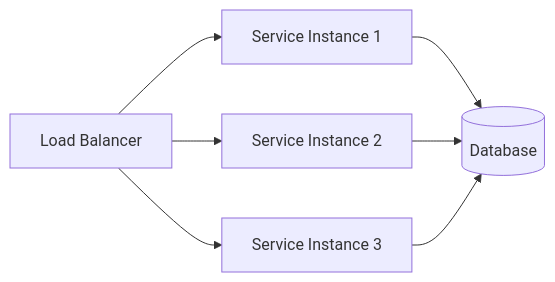
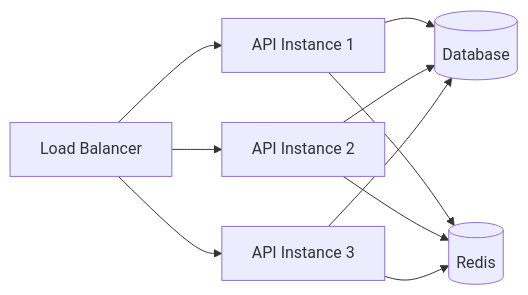
Before and after one commit to jether2011/interview-questions: the first of 9 diagrams in system-design.md, drawn with Mermaid. The commit also changed other lines of this file and 13 other files, not shown here.

````diff
--- a/system-design.md
+++ b/system-design.md
@@ -58,9 +112,8 @@
 ```mermaid
 flowchart LR
-    LB[Load Balancer] --> S1[Service Instance 1]
-    LB --> S2[Service Instance 2]
-    LB --> S3[Service Instance 3]
-    S1 --> DB[(Database)]
-    S2 --> DB
-    S3 --> DB
+    LB[Load Balancer] --> S1[API Instance 1]
+    LB --> S2[API Instance 2]
+    LB --> S3[API Instance 3]
+    S1 & S2 & S3 --> DB[(Database)]
+    S1 & S2 & S3 --> Cache[(Redis)]
 ```
````
